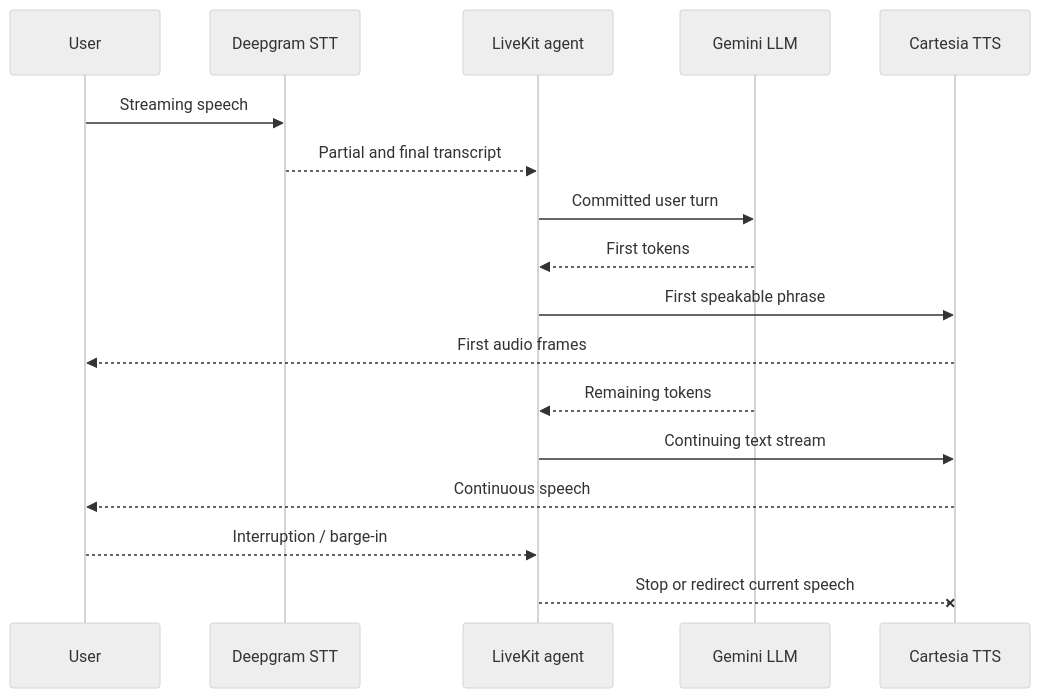
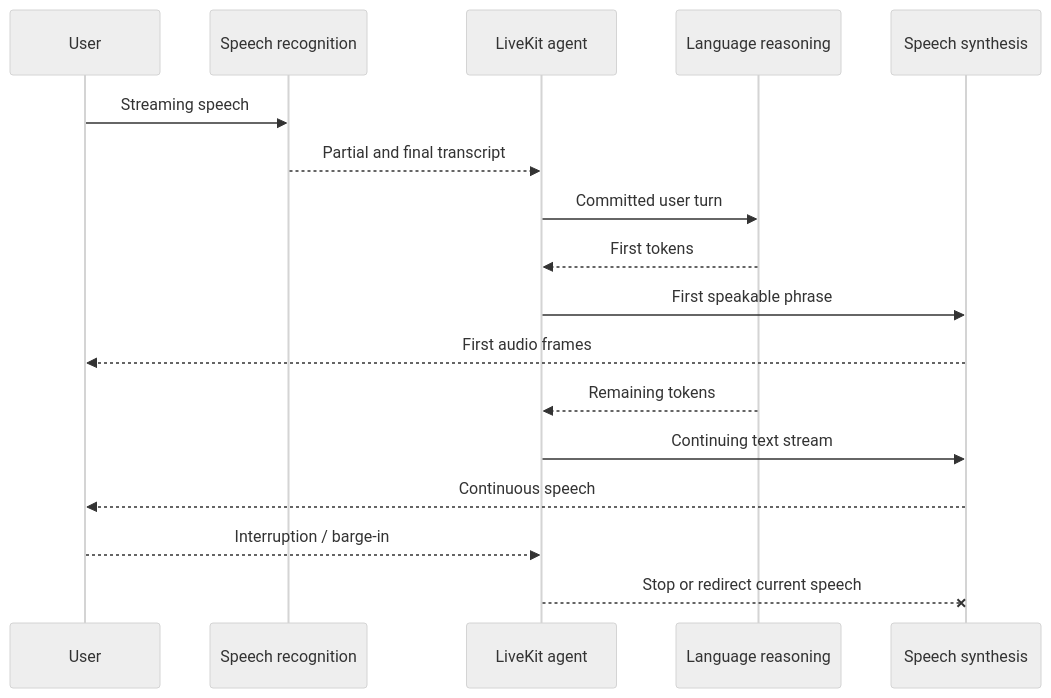
Before and after one commit to Hafizmuhammedk/voice_agent: the second of 3 diagrams in README.md, drawn with Mermaid (neutral theme). The commit also changed other lines of this file and 2 other files, not shown here.

Commit message:
fix: update README and flow diagram to clarify speech processing components and terminology

````diff
--- a/README.md
+++ b/README.md
@@ -99,20 +99,20 @@
 ```mermaid
 sequenceDiagram
     participant U as User
-    participant S as Deepgram STT
+    participant S as Speech recognition
     participant A as LiveKit agent
-    participant L as Gemini LLM
-    participant T as Cartesia TTS
+    participant L as Language reasoning
+    participant T as Speech synthesis
 
     U->>S: Streaming speech
     S-->>A: Partial and final transcript
     A->>L: Committed user turn
     L-->>A: First tokens
     A->>T: First speakable phrase
     T-->>U: First audio frames
     L-->>A: Remaining tokens
     A->>T: Continuing text stream
     T-->>U: Continuous speech
     U-->>A: Interruption / barge-in
     A--xT: Stop or redirect current speech
 ```
````
